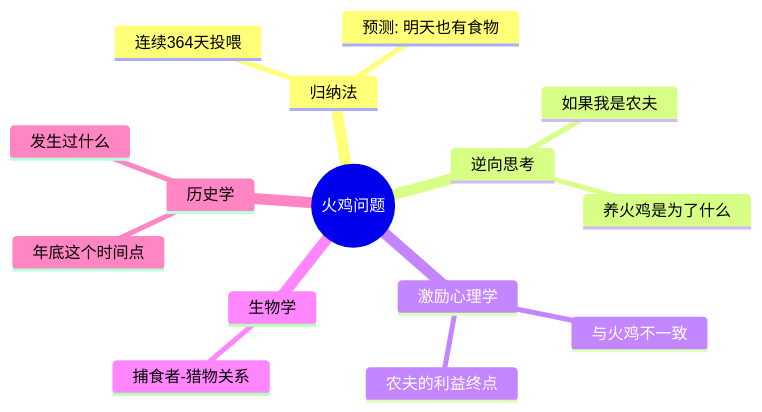
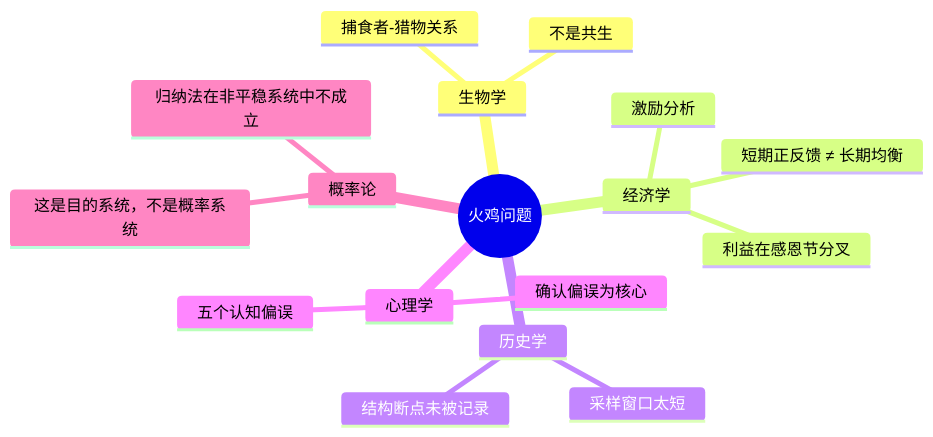
One commit to pengjizhang/pengjizhang.github.io changed the third of 9 diagrams in fire-turkey.md. Above: the diagram before and after it, drawn with Mermaid. The commit also changed other lines of this file, not shown here.

````diff
--- a/fire-turkey.md
+++ b/fire-turkey.md
@@ -76,18 +170,20 @@
 ```mermaid
 mindmap
   root((火鸡问题))
-    归纳法
-      连续364天投喂
-      预测: 明天也有食物
-    逆向思考
-      如果我是农夫
-      养火鸡是为了什么
-    激励心理学
-      农夫的利益终点
-      与火鸡不一致
     生物学
       捕食者-猎物关系
+      不是共生
+    经济学
+      激励分析
+      短期正反馈 ≠ 长期均衡
+      利益在感恩节分叉
     历史学
-      年底这个时间点
-      发生过什么
+      采样窗口太短
+      结构断点未被记录
+    心理学
+      五个认知偏误
+      确认偏误为核心
+    概率论
+      归纳法在非平稳系统中不成立
+      这是目的系统，不是概率系统
 ```
````
